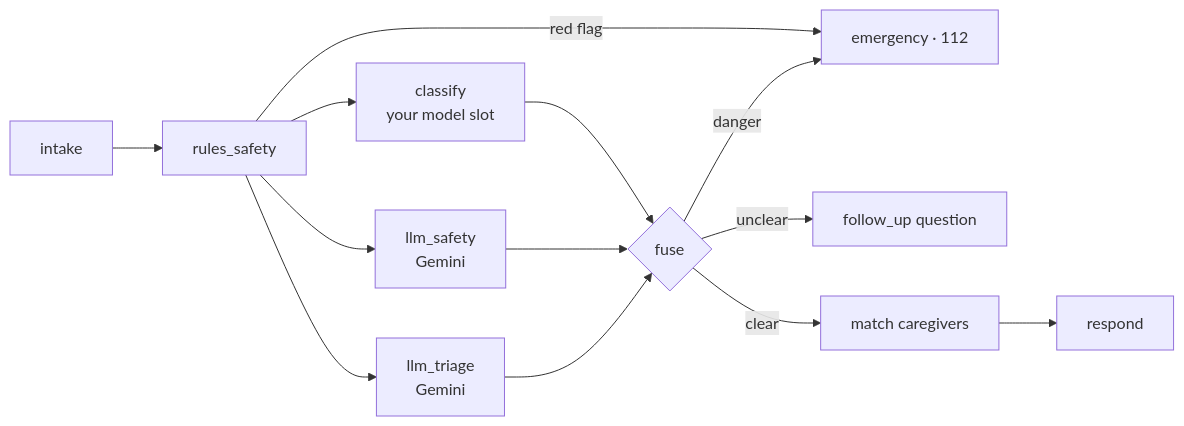
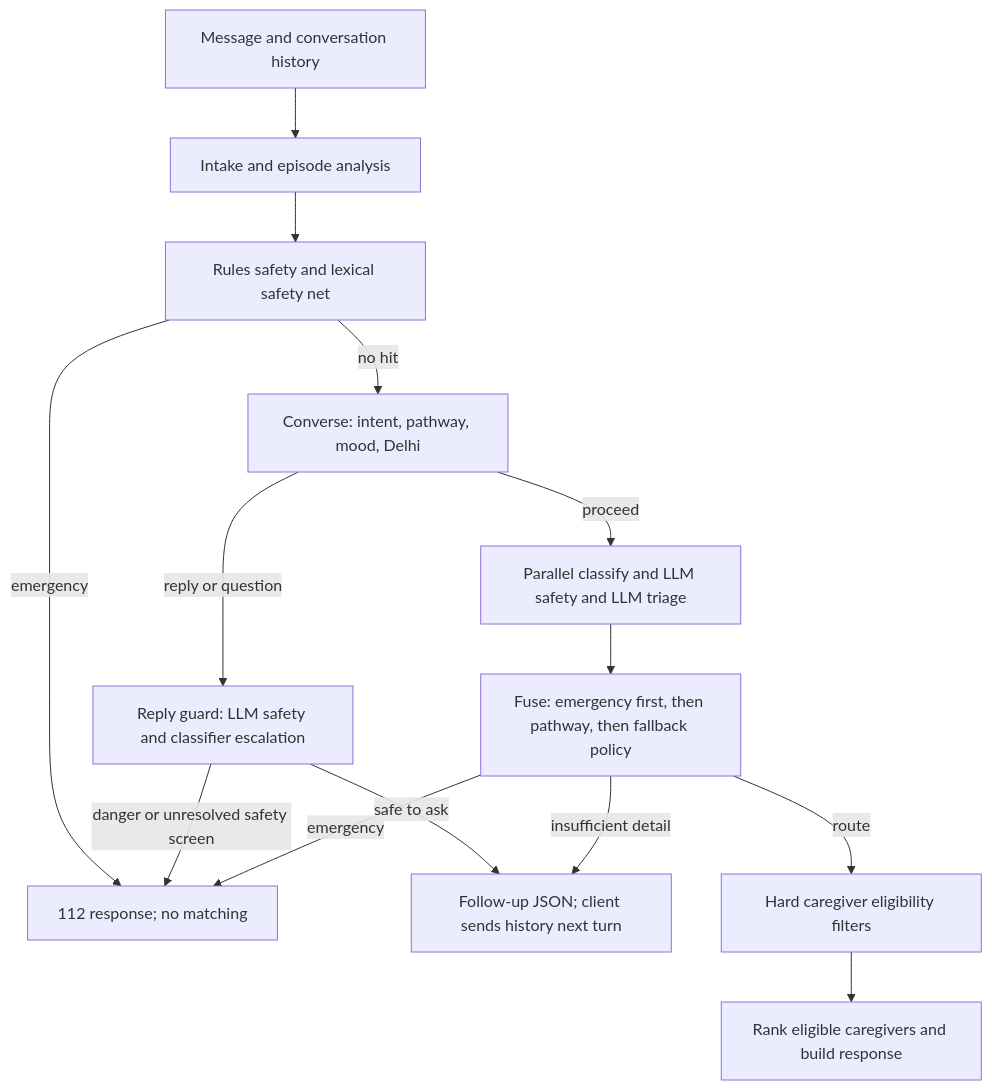
The diagram in README.md (GGsXPosiedon/CareCompass-HackIIITD), drawn with Mermaid before and after one commit. The commit also changed other lines of this file and 49 other files, not shown here.

````diff
--- a/README.md
+++ b/README.md
@@ -107,14 +112,16 @@
 ```mermaid
-flowchart LR
-    A[intake] --> B[rules_safety]
-    B -- red flag --> E[emergency · 112]
-    B --> C[classify<br/>your model slot]
-    B --> D[llm_safety<br/>Gemini]
-    B --> F[llm_triage<br/>Gemini]
-    C --> G{fuse}
-    D --> G
-    F --> G
-    G -- danger --> E
-    G -- unclear --> Q[follow_up question]
-    G -- clear --> M[match caregivers] --> R[respond]
+flowchart TD
+    A[Message and conversation history] --> I[Intake and episode analysis]
+    I --> S[Rules safety and lexical safety net]
+    S -- emergency --> E[112 response; no matching]
+    S -- no hit --> C[Converse: intent, pathway, mood, Delhi]
+    C -- reply or question --> G[Reply guard: LLM safety and classifier escalation]
+    G -- danger or unresolved safety screen --> E
+    G -- safe to ask --> Q[Follow-up JSON; client sends history next turn]
+    C -- proceed --> P[Parallel classify and LLM safety and LLM triage]
+    P --> F[Fuse: emergency first, then pathway, then fallback policy]
+    F -- emergency --> E
+    F -- insufficient detail --> Q
+    F -- route --> M[Hard caregiver eligibility filters]
+    M --> R[Rank eligible caregivers and build response]
 ```
````
